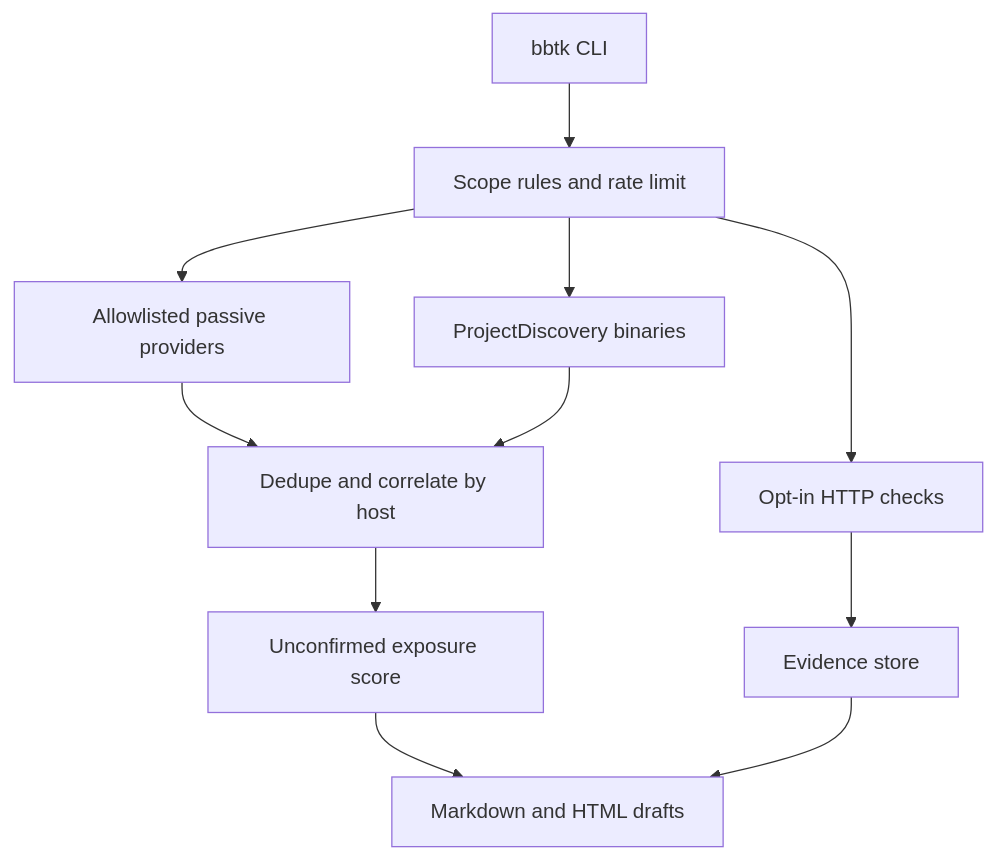
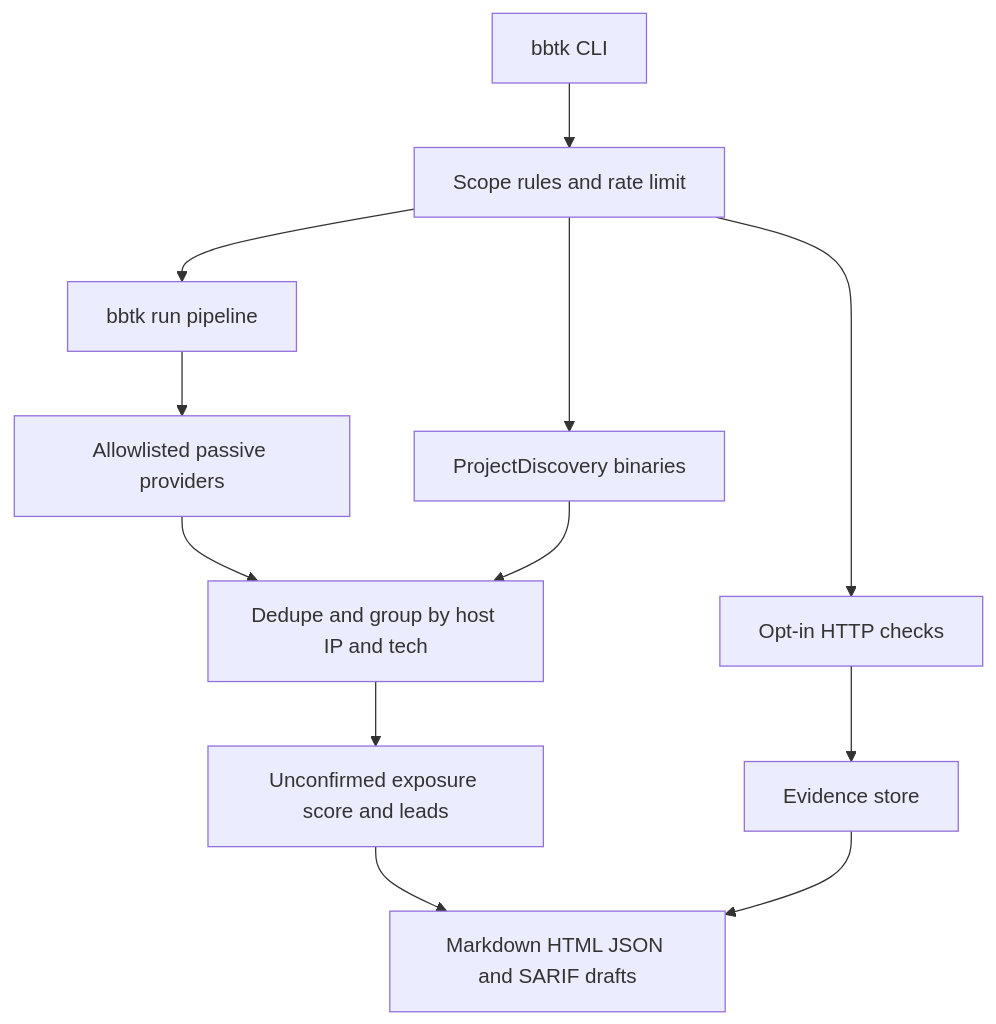
One commit to jenmar23rondon-ux/Bug_Bounty_toolkit changed the diagram in README.md. Above: the diagram before and after it, drawn with Mermaid. The commit also changed other lines of this file and 26 other files, not shown here.

First line of the commit message:
Add a resumable bbtk run pipeline with unconfirmed leads.

````diff
--- a/README.md
+++ b/README.md
@@ -46,13 +48,14 @@
 ```mermaid
 flowchart TD
   cli[bbtk CLI] --> scope[Scope rules and rate limit]
-  scope --> passive[Allowlisted passive providers]
+  scope --> run[bbtk run pipeline]
+  run --> passive[Allowlisted passive providers]
   scope --> tools[ProjectDiscovery binaries]
-  passive --> correlate[Dedupe and correlate by host]
+  passive --> correlate[Dedupe and group by host IP and tech]
   tools --> correlate
-  correlate --> score[Unconfirmed exposure score]
+  correlate --> score[Unconfirmed exposure score and leads]
   scope --> checks[Opt-in HTTP checks]
   checks --> evidence[Evidence store]
-  score --> reports[Markdown and HTML drafts]
+  score --> reports[Markdown HTML JSON and SARIF drafts]
   evidence --> reports
 ```
````
